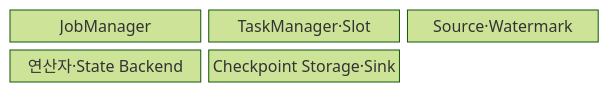
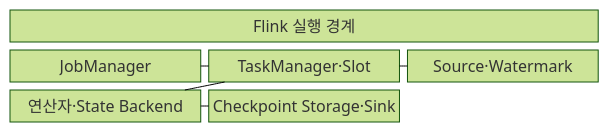
Before and after one commit to agnusdei1207/knowledge-base: the first of 2 diagrams in src/content/docs/notes/03-software/120_apache_flink.md, drawn with Mermaid (forest theme). The commit also changed other lines of this file and 20 other files, not shown here.

````diff
--- a/src/content/docs/notes/03-software/120_apache_flink.md
+++ b/src/content/docs/notes/03-software/120_apache_flink.md
@@ -59,9 +63,14 @@
 ```mermaid
-block-beta
+block
   columns 3
+  A["Flink 실행 경계"]:3
   J["JobManager"]
   T["TaskManager·Slot"]
   S["Source·Watermark"]
   O["연산자·State Backend"]
   C["Checkpoint Storage·Sink"]
+  J --- T
+  T --- S
+  T --- O
+  O --- C
 ```
````
